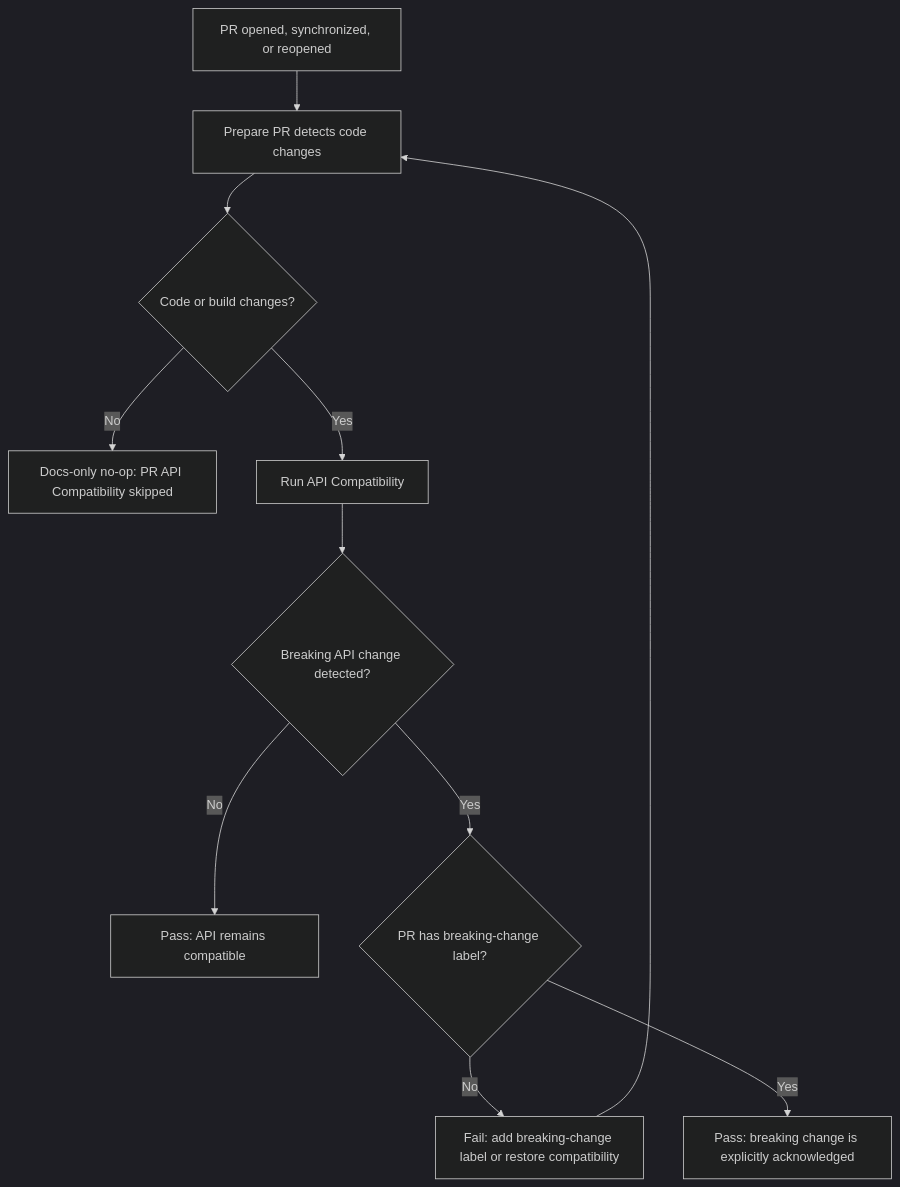
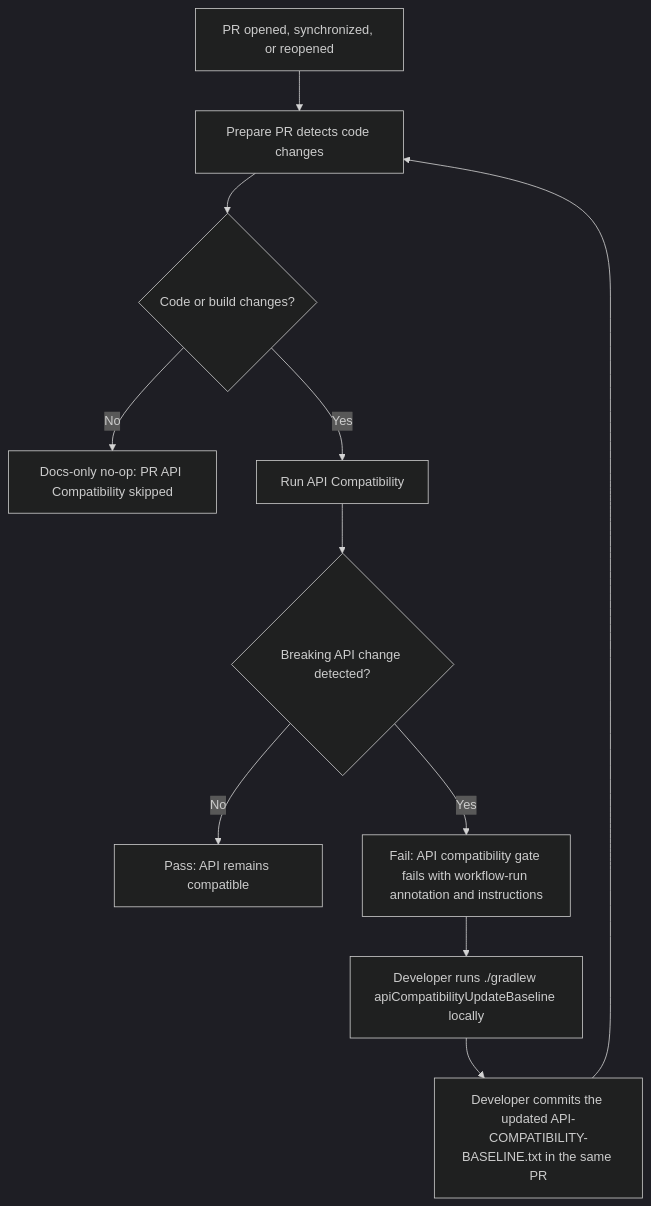
One commit to HDCharts/charts changed the diagram in docs/workflows/api-compatibility.md. Above: the diagram before and after it, drawn with Mermaid (dark theme). The commit also changed other lines of this file and 11 other files, not shown here.

Commit message:
ci(api): make API baseline update developer-driven and drop breaking-change label (#588)

````diff
--- a/docs/workflows/api-compatibility.md
+++ b/docs/workflows/api-compatibility.md
@@ -10,14 +9,13 @@
 ```mermaid
-flowchart TD
-  A["PR opened, synchronized, or reopened"] --> B["Prepare PR detects code changes"]
-  B --> C{"Code or build changes?"}
-  C -- No --> D["Docs-only no-op: PR API Compatibility skipped"]
-  C -- Yes --> E["Run API Compatibility"]
-  E --> F{"Breaking API change detected?"}
-  F -- No --> G["Pass: API remains compatible"]
-  F -- Yes --> H{"PR has breaking-change label?"}
-  H -- No --> I["Fail: add breaking-change label or restore compatibility"]
-  H -- Yes --> J["Pass: breaking change is explicitly acknowledged"]
-
-  I --> B
+ flowchart TD
+   A["PR opened, synchronized, or reopened"] --> B["Prepare PR detects code changes"]
+   B --> C{"Code or build changes?"}
+   C -- No --> D["Docs-only no-op: PR API Compatibility skipped"]
+   C -- Yes --> E["Run API Compatibility"]
+   E --> F{"Breaking API change detected?"}
+   F -- No --> G["Pass: API remains compatible"]
+   F -- Yes --> H["Fail: API compatibility gate fails with workflow-run annotation and instructions"]
+   H --> I["Developer runs ./gradlew apiCompatibilityUpdateBaseline locally"]
+   I --> J["Developer commits the updated API-COMPATIBILITY-BASELINE.txt in the same PR"]
+   J --> B
 ```
````
